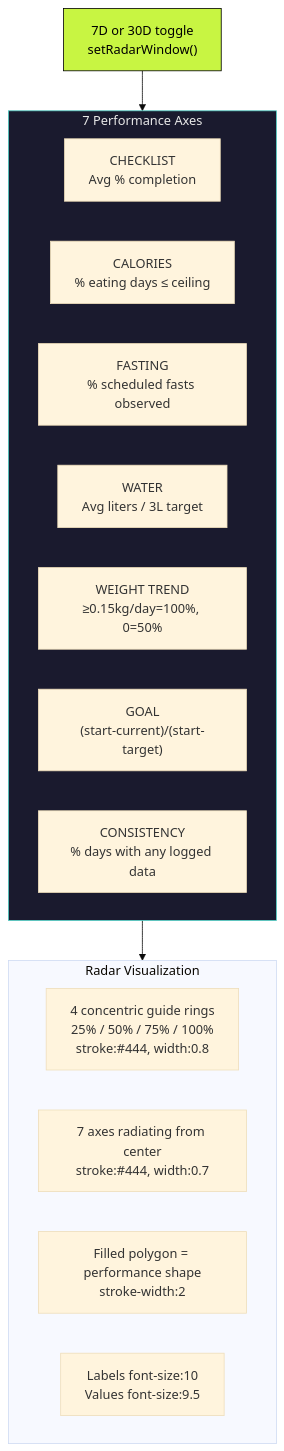
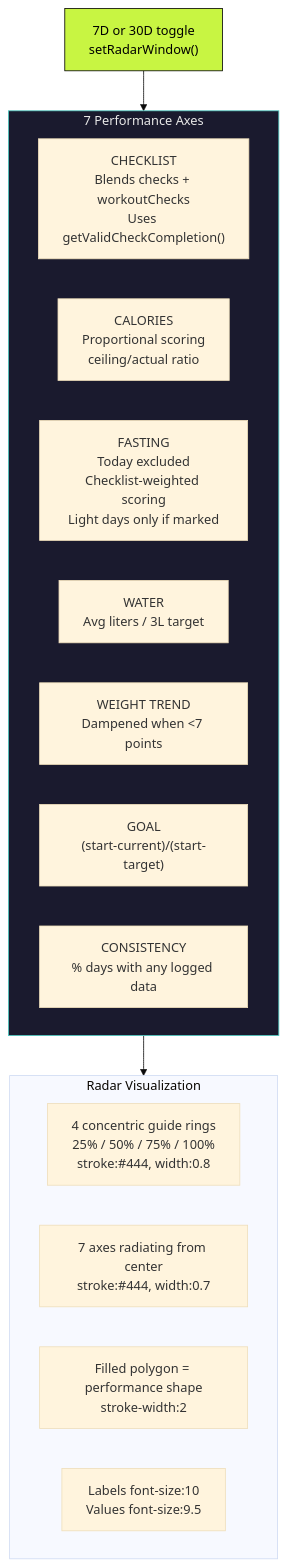
One commit to HIRAKHANJI/protocol-health changed diagram 14 of 19 in ARCHITECTURE.md. Above: the diagram before and after it, drawn with Mermaid (base theme). The commit also changed other lines of this file and 4 other files, not shown here.

````diff
--- a/ARCHITECTURE.md
+++ b/ARCHITECTURE.md
@@ -661,26 +761,26 @@
 ```mermaid
 flowchart TD
     WINDOW["7D or 30D toggle<br/>setRadarWindow()"] --> COMPUTE["computeRadarMetrics(days)"]
 
     subgraph COMPUTE["7 Performance Axes"]
-        AX1["CHECKLIST<br/>Avg % completion"]
-        AX2["CALORIES<br/>% eating days ≤ ceiling"]
-        AX3["FASTING<br/>% scheduled fasts observed"]
+        AX1["CHECKLIST<br/>Blends checks + workoutChecks<br/>Uses getValidCheckCompletion()"]
+        AX2["CALORIES<br/>Proportional scoring<br/>ceiling/actual ratio"]
+        AX3["FASTING<br/>Today excluded<br/>Checklist-weighted scoring<br/>Light days only if marked"]
         AX4["WATER<br/>Avg liters / 3L target"]
-        AX5["WEIGHT TREND<br/>≥0.15kg/day=100%, 0=50%"]
+        AX5["WEIGHT TREND<br/>Dampened when &lt;7 points"]
         AX6["GOAL<br/>(start-current)/(start-target)"]
         AX7["CONSISTENCY<br/>% days with any logged data"]
     end
 
     COMPUTE --> SVG["renderRadar()<br/>SVG spider chart"]
 
     subgraph SVG["Radar Visualization"]
         R1["4 concentric guide rings<br/>25% / 50% / 75% / 100%<br/>stroke:#444, width:0.8"]
         R2["7 axes radiating from center<br/>stroke:#444, width:0.7"]
         R3["Filled polygon = performance shape<br/>stroke-width:2"]
         R4["Labels font-size:10<br/>Values font-size:9.5"]
     end
 
     style WINDOW fill:#c8f542,stroke:#000,color:#000
     style COMPUTE fill:#1a1a2e,stroke:#4ecdc4,color:#e8e8e8
 ```
````
